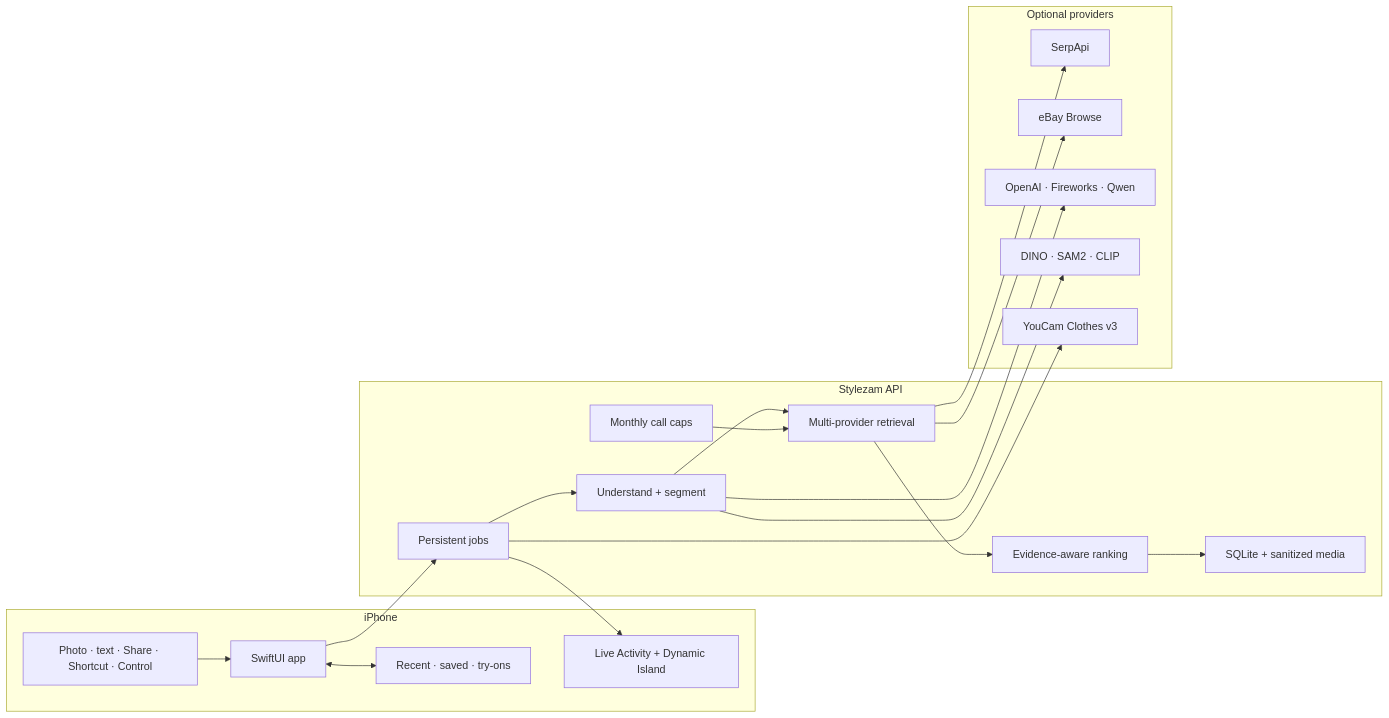
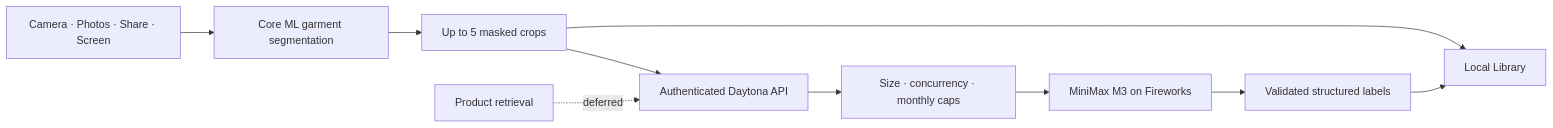
One commit to meowshmalloww/Stylezam changed the diagram in README.md. Above: the diagram before and after it, drawn with Mermaid. The commit also changed other lines of this file and 81 other files, not shown here.

Commit message:
Build CPU-only garment vision foundation

````diff
--- a/README.md
+++ b/README.md
@@ -71,37 +45,12 @@
 ```mermaid
 flowchart LR
-    subgraph Phone["iPhone"]
-        Input["Photo · text · Share · Shortcut · Control"]
-        App["SwiftUI app"]
-        Activity["Live Activity + Dynamic Island"]
-        Library["Recent · saved · try-ons"]
-    end
-
-    subgraph Service["Stylezam API"]
-        Jobs["Persistent jobs"]
-        Vision["Understand + segment"]
-        Search["Multi-provider retrieval"]
-        Rank["Evidence-aware ranking"]
-        Store["SQLite + sanitized media"]
-        Limits["Monthly call caps"]
-    end
-
-    subgraph Providers["Optional providers"]
-        Serp["SerpApi"]
-        Ebay["eBay Browse"]
-        Hosted["OpenAI · Fireworks · Qwen"]
-        Local["DINO · SAM2 · CLIP"]
-        YouCam["YouCam Clothes v3"]
-    end
-
-    Input --> App --> Jobs
-    Jobs --> Activity
-    Jobs --> Vision --> Search --> Rank --> Store
-    Limits --> Search
-    Vision --> Hosted
-    Vision --> Local
-    Search --> Serp
-    Search --> Ebay
-    Jobs --> YouCam
-    App <--> Library
+    Camera["Camera · Photos · Share · Screen"] --> PhoneModel["Core ML garment segmentation"]
+    PhoneModel --> Crops["Up to 5 masked crops"]
+    Crops --> Library["Local Library"]
+    Crops --> API["Authenticated Daytona API"]
+    API --> Limits["Size · concurrency · monthly caps"]
+    Limits --> M3["MiniMax M3 on Fireworks"]
+    M3 --> Labels["Validated structured labels"]
+    Labels --> Library
+    Search["Product retrieval"] -. "deferred" .-> API
 ```
````
